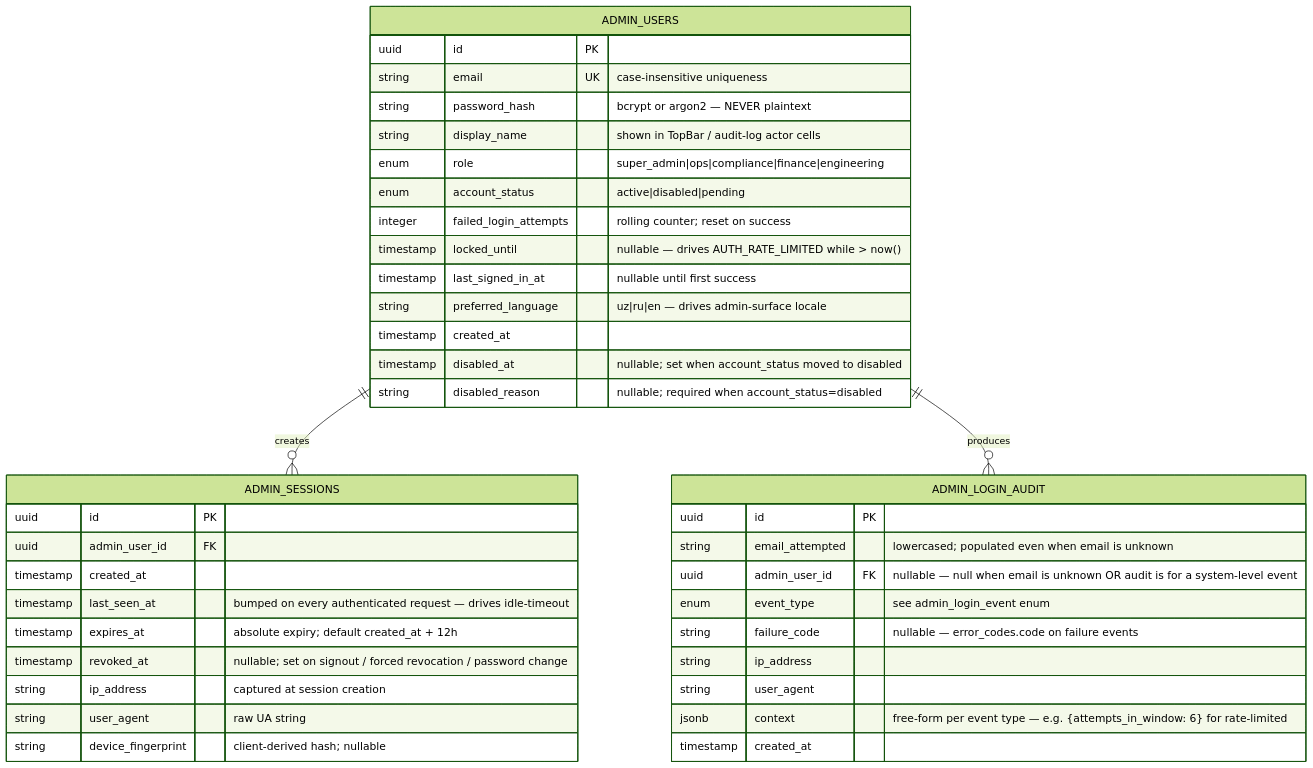
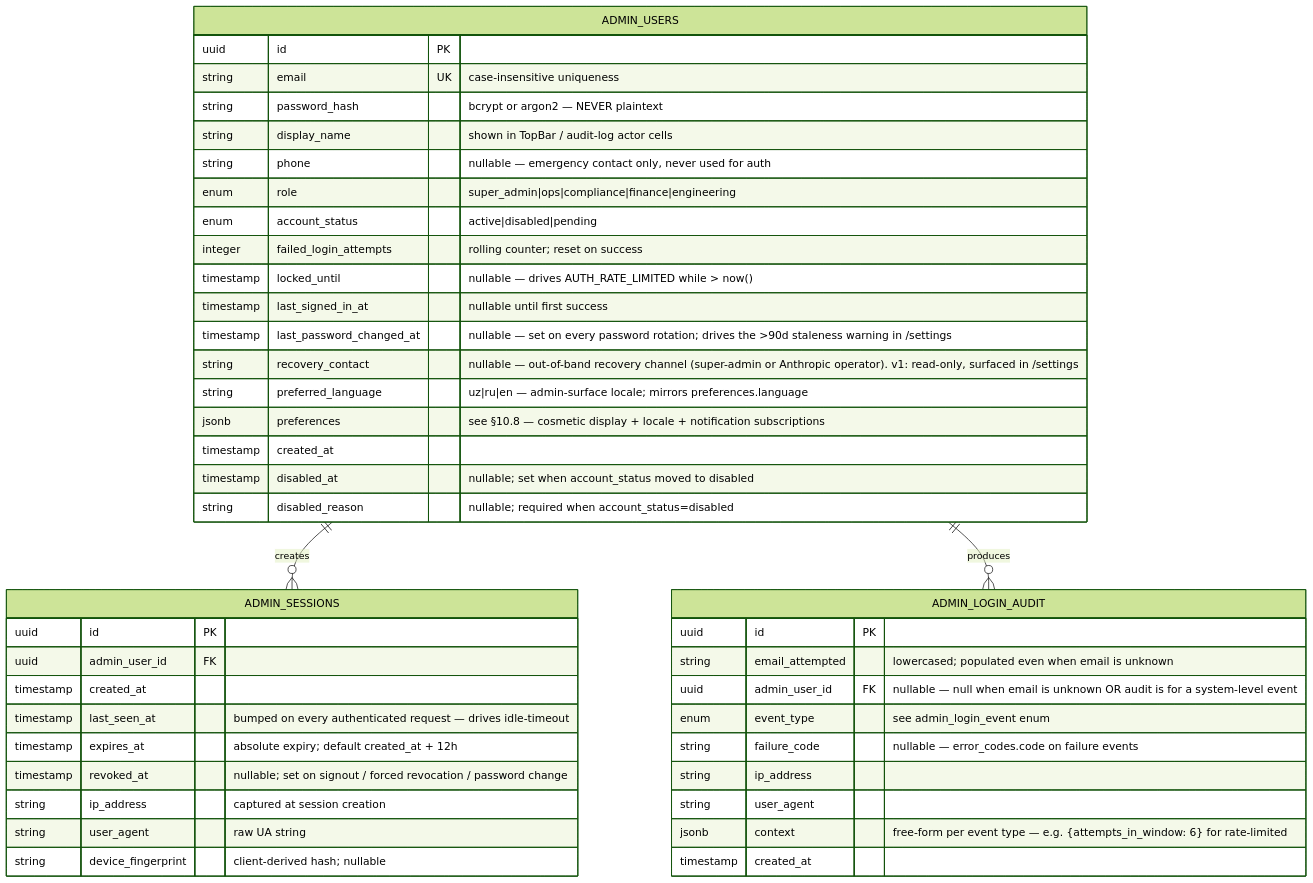
Diagram 13 of 13 in docs/models.md (SardorAllaberganov/zhi-pay), drawn with Mermaid (forest theme) before and after one commit. The commit also changed other lines of this file and 2 other files, not shown here.

First line of the commit message:
docs(models): cascade Phase 21 admin §10.2/§10.8/§10.9 + PRD row 15 + session revocation flow

````diff
--- a/docs/models.md
+++ b/docs/models.md
@@ -722,45 +722,49 @@
 ```mermaid
 erDiagram
   ADMIN_USERS ||--o{ ADMIN_SESSIONS : "creates"
   ADMIN_USERS ||--o{ ADMIN_LOGIN_AUDIT : "produces"
 
   ADMIN_USERS {
     uuid id PK
     string email UK "case-insensitive uniqueness"
     string password_hash "bcrypt or argon2 — NEVER plaintext"
     string display_name "shown in TopBar / audit-log actor cells"
+    string phone "nullable — emergency contact only, never used for auth"
     enum role "super_admin|ops|compliance|finance|engineering"
     enum account_status "active|disabled|pending"
     integer failed_login_attempts "rolling counter; reset on success"
     timestamp locked_until "nullable — drives AUTH_RATE_LIMITED while > now()"
     timestamp last_signed_in_at "nullable until first success"
-    string preferred_language "uz|ru|en — drives admin-surface locale"
+    timestamp last_password_changed_at "nullable — set on every password rotation; drives the >90d staleness warning in /settings"
+    string recovery_contact "nullable — out-of-band recovery channel (super-admin or Anthropic operator). v1: read-only, surfaced in /settings"
+    string preferred_language "uz|ru|en — admin-surface locale; mirrors preferences.language"
+    jsonb preferences "see §10.8 — cosmetic display + locale + notification subscriptions"
     timestamp created_at
     timestamp disabled_at "nullable; set when account_status moved to disabled"
     string disabled_reason "nullable; required when account_status=disabled"
   }
 
   ADMIN_SESSIONS {
     uuid id PK
     uuid admin_user_id FK
     timestamp created_at
     timestamp last_seen_at "bumped on every authenticated request — drives idle-timeout"
     timestamp expires_at "absolute expiry; default created_at + 12h"
     timestamp revoked_at "nullable; set on signout / forced revocation / password change"
     string ip_address "captured at session creation"
     string user_agent "raw UA string"
     string device_fingerprint "client-derived hash; nullable"
   }
 
   ADMIN_LOGIN_AUDIT {
     uuid id PK
     string email_attempted "lowercased; populated even when email is unknown"
     uuid admin_user_id FK "nullable — null when email is unknown OR audit is for a system-level event"
     enum event_type "see admin_login_event enum"
     string failure_code "nullable — error_codes.code on failure events"
     string ip_address
     string user_agent
     jsonb context "free-form per event type — e.g. {attempts_in_window: 6} for rate-limited"
     timestamp created_at
   }
 ```
````
